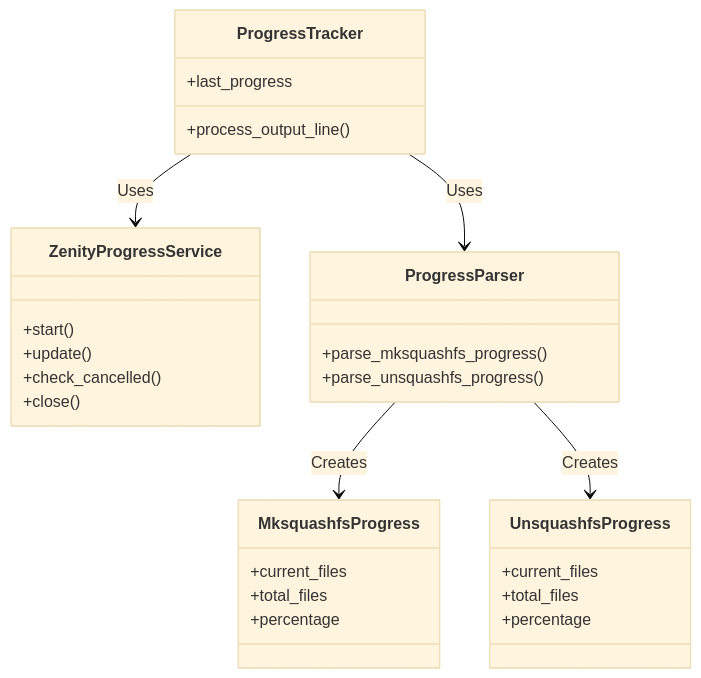
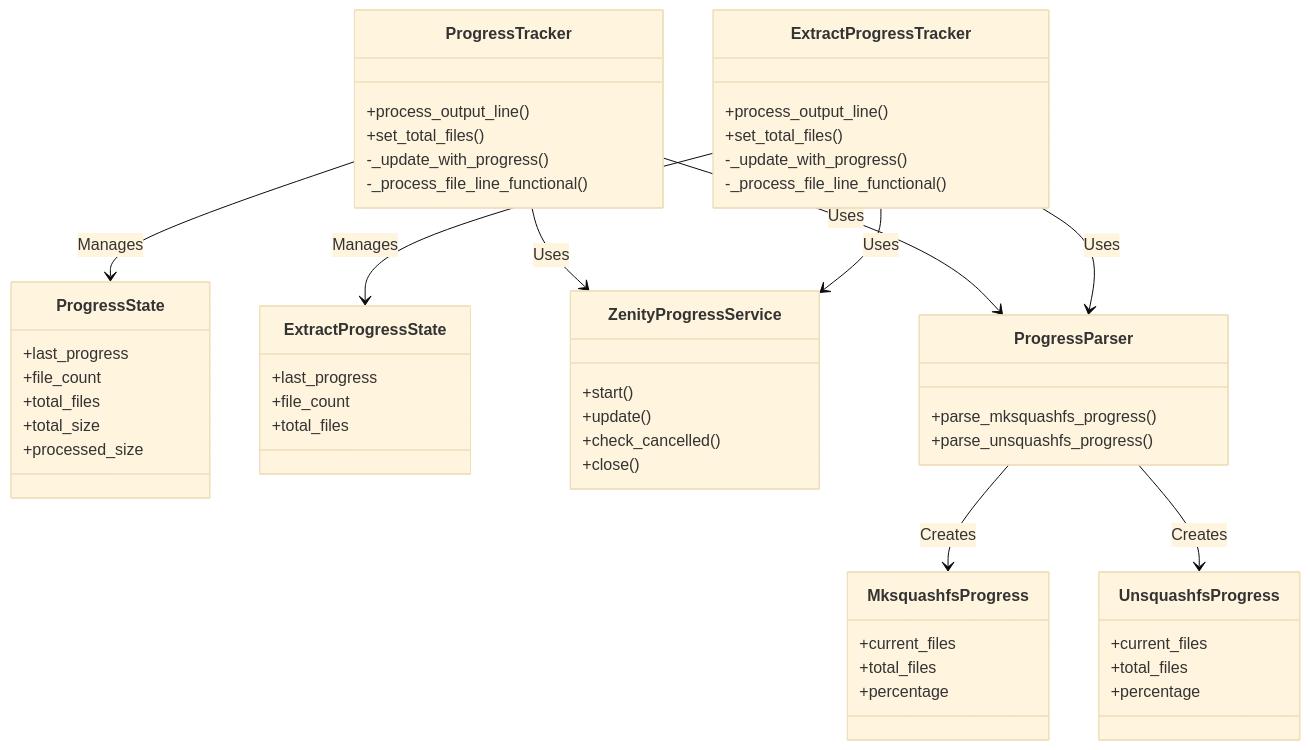
Before and after one commit to WombatFromHell/squashfs-archive-helper: the third of 5 diagrams in DESIGN.md, drawn with Mermaid (base theme). The commit also changed other lines of this file and 19 other files, not shown here.

````diff
--- a/DESIGN.md
+++ b/DESIGN.md
@@ -173,38 +181,65 @@
 ```mermaid
 classDiagram
     direction TB
 
     class ProgressTracker {
         +process_output_line()
+        +set_total_files()
+        -_update_with_progress()
+        -_process_file_line_functional()
+    }
+
+    class ExtractProgressTracker {
+        +process_output_line()
+        +set_total_files()
+        -_update_with_progress()
+        -_process_file_line_functional()
+    }
+
+    class ProgressState {
         +last_progress
+        +file_count
+        +total_files
+        +total_size
+        +processed_size
+    }
+
+    class ExtractProgressState {
+        +last_progress
+        +file_count
+        +total_files
     }
 
     class ZenityProgressService {
         +start()
         +update()
         +check_cancelled()
         +close()
     }
 
     class ProgressParser {
         +parse_mksquashfs_progress()
         +parse_unsquashfs_progress()
     }
 
     class MksquashfsProgress {
         +current_files
         +total_files
         +percentage
     }
 
     class UnsquashfsProgress {
         +current_files
         +total_files
         +percentage
     }
 
     ProgressTracker --> ZenityProgressService : Uses
     ProgressTracker --> ProgressParser : Uses
+    ProgressTracker --> ProgressState : Manages
+    ExtractProgressTracker --> ZenityProgressService : Uses
+    ExtractProgressTracker --> ProgressParser : Uses
+    ExtractProgressTracker --> ExtractProgressState : Manages
     ProgressParser --> MksquashfsProgress : Creates
     ProgressParser --> UnsquashfsProgress : Creates
 ```
````
